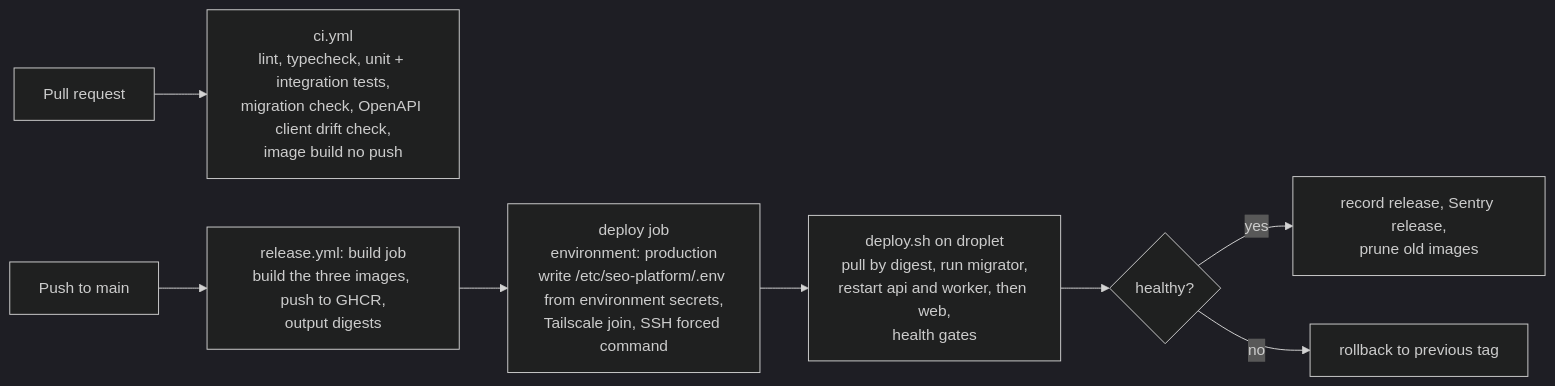
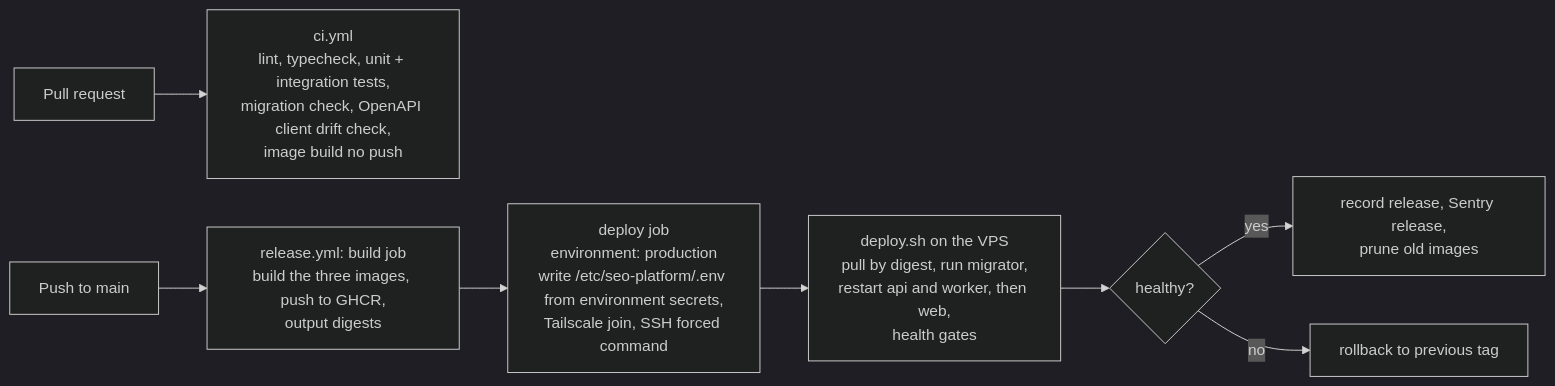
One commit to digibranders/idraft changed diagram 14 of 18 in docs/diagrams/README.md. Above: the diagram before and after it, drawn with Mermaid (dark theme). The commit also changed other lines of this file and 36 other files, not shown here.

````diff
--- a/docs/diagrams/README.md
+++ b/docs/diagrams/README.md
@@ -501,10 +507,10 @@
 ```mermaid
 flowchart LR
     pr[Pull request] --> ci[ci.yml<br/>lint, typecheck, unit + integration tests,<br/>migration check, OpenAPI client drift check,<br/>image build no push]
     main[Push to main] --> rel[release.yml: build job<br/>build the three images, push to GHCR,<br/>output digests]
     rel --> dep["deploy job<br/>environment: production<br/>write /etc/seo-platform/.env from environment secrets,<br/>Tailscale join, SSH forced command"]
-    dep --> host[deploy.sh on droplet<br/>pull by digest, run migrator,<br/>restart api and worker, then web,<br/>health gates]
+    dep --> host[deploy.sh on the VPS<br/>pull by digest, run migrator,<br/>restart api and worker, then web,<br/>health gates]
     host --> ok{healthy?}
     ok -- yes --> done[record release, Sentry release,<br/>prune old images]
     ok -- no --> rb[rollback to previous tag]
 ```
````
